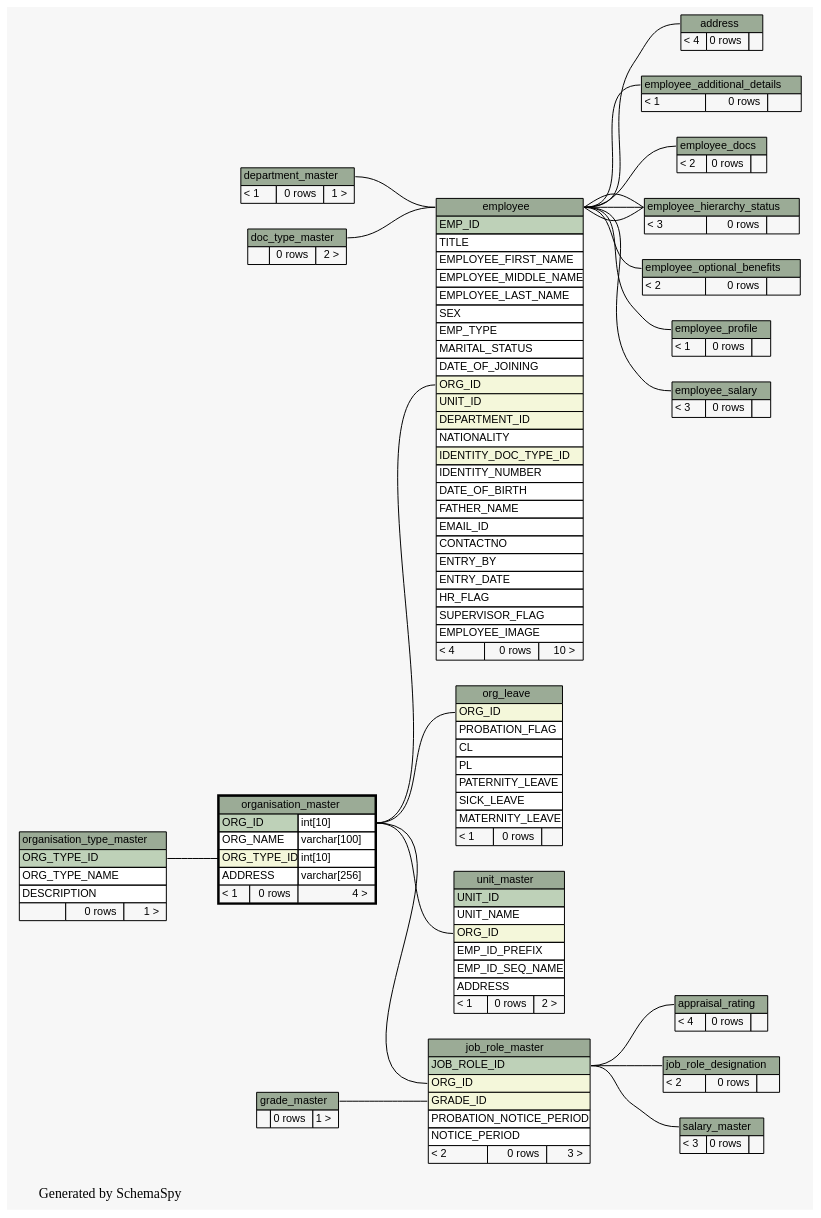
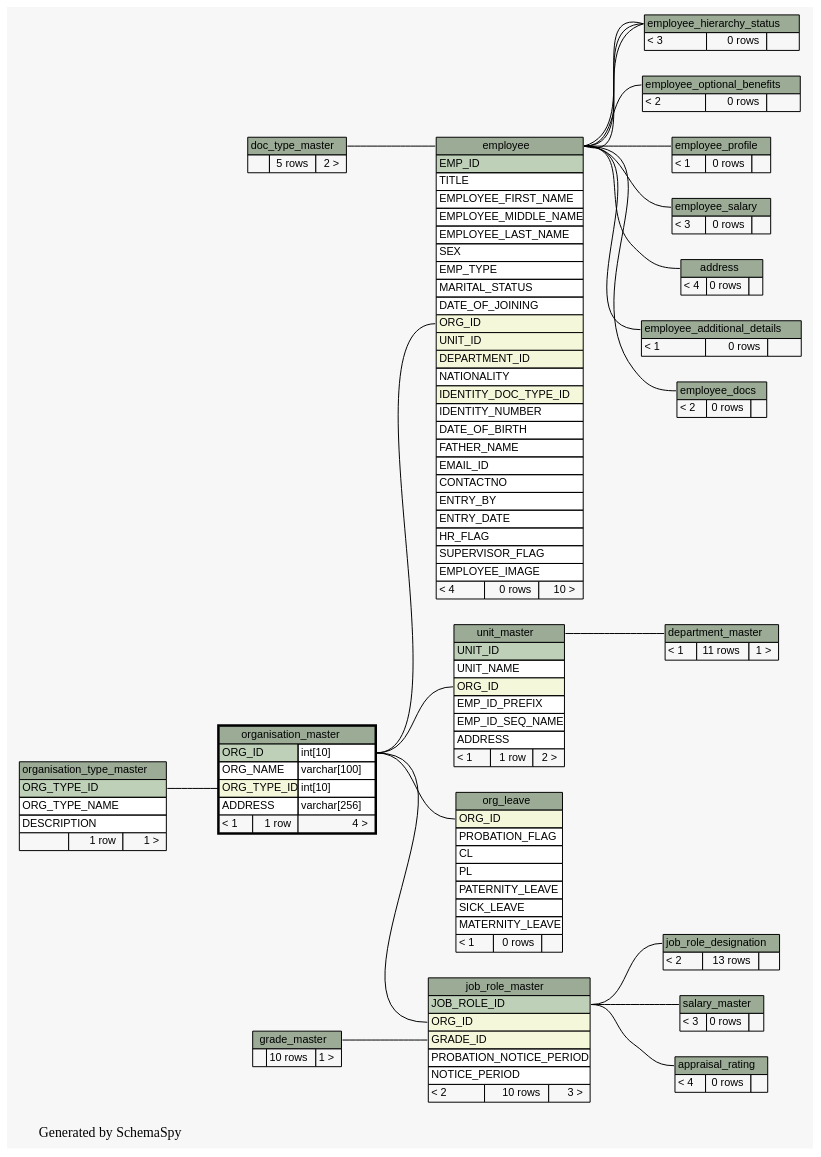
One commit to engineerscraft/hrms changed the diagram in docs/database/schemaspy/graphs/organisation_master.2degrees.dot. Above: the diagram before and after it, drawn with Graphviz. The commit also changed 174 other files, not shown here.

```diff
--- a/docs/database/schemaspy/graphs/organisation_master.2degrees.dot
+++ b/docs/database/schemaspy/graphs/organisation_master.2degrees.dot
@@ -16,7 +16,7 @@
   ];
   "address":"address.heading":w -> "employee":"employee.heading":e [arrowtail=tee arrowhead=none];
   "appraisal_rating":"appraisal_rating.heading":w -> "job_role_master":"JOB_ROLE_ID":e [arrowtail=crowodot arrowhead=none];
-  "employee":"employee.heading":w -> "department_master":"department_master.heading":e [arrowtail=crowodot arrowhead=none];
+  "department_master":"department_master.heading":w -> "unit_master":"unit_master.heading":e [arrowtail=crowodot arrowhead=none];
   "employee":"employee.heading":w -> "doc_type_master":"doc_type_master.heading":e [arrowtail=crowodot arrowhead=none];
   "employee":"ORG_ID":w -> "organisation_master":"ORG_ID.type":e [arrowtail=crowodot arrowhead=none];
   "employee_additional_details":"employee_additional_details.heading":w -> "employee":"employee.heading":e [arrowtail=tee arrowhead=none];
@@ -56,7 +56,7 @@
     label=<
     <TABLE BORDER="0" CELLBORDER="1" CELLSPACING="0" BGCOLOR="#ffffff">
       <TR><TD PORT="department_master.heading" COLSPAN="3" BGCOLOR="#9bab96" ALIGN="CENTER">department_master</TD></TR>
-      <TR><TD ALIGN="LEFT" BGCOLOR="#f7f7f7">&lt; 1</TD><TD ALIGN="RIGHT" BGCOLOR="#f7f7f7">0 rows</TD><TD ALIGN="RIGHT" BGCOLOR="#f7f7f7">1 &gt;</TD></TR>
+      <TR><TD ALIGN="LEFT" BGCOLOR="#f7f7f7">&lt; 1</TD><TD ALIGN="RIGHT" BGCOLOR="#f7f7f7">11 rows</TD><TD ALIGN="RIGHT" BGCOLOR="#f7f7f7">1 &gt;</TD></TR>
     </TABLE>>
     URL="department_master.html#graph"
     tooltip="department_master"
@@ -65,7 +65,7 @@
     label=<
     <TABLE BORDER="0" CELLBORDER="1" CELLSPACING="0" BGCOLOR="#ffffff">
       <TR><TD PORT="doc_type_master.heading" COLSPAN="3" BGCOLOR="#9bab96" ALIGN="CENTER">doc_type_master</TD></TR>
-      <TR><TD ALIGN="LEFT" BGCOLOR="#f7f7f7">  </TD><TD ALIGN="RIGHT" BGCOLOR="#f7f7f7">0 rows</TD><TD ALIGN="RIGHT" BGCOLOR="#f7f7f7">2 &gt;</TD></TR>
+      <TR><TD ALIGN="LEFT" BGCOLOR="#f7f7f7">  </TD><TD ALIGN="RIGHT" BGCOLOR="#f7f7f7">5 rows</TD><TD ALIGN="RIGHT" BGCOLOR="#f7f7f7">2 &gt;</TD></TR>
     </TABLE>>
     URL="doc_type_master.html#graph"
     tooltip="doc_type_master"
@@ -161,7 +161,7 @@
     label=<
     <TABLE BORDER="0" CELLBORDER="1" CELLSPACING="0" BGCOLOR="#ffffff">
       <TR><TD PORT="grade_master.heading" COLSPAN="3" BGCOLOR="#9bab96" ALIGN="CENTER">grade_master</TD></TR>
-      <TR><TD ALIGN="LEFT" BGCOLOR="#f7f7f7">  </TD><TD ALIGN="RIGHT" BGCOLOR="#f7f7f7">0 rows</TD><TD ALIGN="RIGHT" BGCOLOR="#f7f7f7">1 &gt;</TD></TR>
+      <TR><TD ALIGN="LEFT" BGCOLOR="#f7f7f7">  </TD><TD ALIGN="RIGHT" BGCOLOR="#f7f7f7">10 rows</TD><TD ALIGN="RIGHT" BGCOLOR="#f7f7f7">1 &gt;</TD></TR>
     </TABLE>>
     URL="grade_master.html#graph"
     tooltip="grade_master"
@@ -170,7 +170,7 @@
     label=<
     <TABLE BORDER="0" CELLBORDER="1" CELLSPACING="0" BGCOLOR="#ffffff">
       <TR><TD PORT="job_role_designation.heading" COLSPAN="3" BGCOLOR="#9bab96" ALIGN="CENTER">job_role_designation</TD></TR>
-      <TR><TD ALIGN="LEFT" BGCOLOR="#f7f7f7">&lt; 2</TD><TD ALIGN="RIGHT" BGCOLOR="#f7f7f7">0 rows</TD><TD ALIGN="RIGHT" BGCOLOR="#f7f7f7">  </TD></TR>
+      <TR><TD ALIGN="LEFT" BGCOLOR="#f7f7f7">&lt; 2</TD><TD ALIGN="RIGHT" BGCOLOR="#f7f7f7">13 rows</TD><TD ALIGN="RIGHT" BGCOLOR="#f7f7f7">  </TD></TR>
     </TABLE>>
     URL="job_role_designation.html#graph"
     tooltip="job_role_designation"
@@ -184,7 +184,7 @@
       <TR><TD PORT="GRADE_ID" COLSPAN="3" BGCOLOR="#f4f7da" ALIGN="LEFT">GRADE_ID</TD></TR>
       <TR><TD PORT="PROBATION_NOTICE_PERIOD" COLSPAN="3" ALIGN="LEFT">PROBATION_NOTICE_PERIOD</TD></TR>
       <TR><TD PORT="NOTICE_PERIOD" COLSPAN="3" ALIGN="LEFT">NOTICE_PERIOD</TD></TR>
-      <TR><TD ALIGN="LEFT" BGCOLOR="#f7f7f7">&lt; 2</TD><TD ALIGN="RIGHT" BGCOLOR="#f7f7f7">0 rows</TD><TD ALIGN="RIGHT" BGCOLOR="#f7f7f7">3 &gt;</TD></TR>
+      <TR><TD ALIGN="LEFT" BGCOLOR="#f7f7f7">&lt; 2</TD><TD ALIGN="RIGHT" BGCOLOR="#f7f7f7">10 rows</TD><TD ALIGN="RIGHT" BGCOLOR="#f7f7f7">3 &gt;</TD></TR>
     </TABLE>>
     URL="job_role_master.html#graph"
     tooltip="job_role_master"
@@ -213,7 +213,7 @@
       <TR><TD PORT="ORG_NAME" COLSPAN="2" ALIGN="LEFT">ORG_NAME</TD><TD PORT="ORG_NAME.type" ALIGN="LEFT">varchar[100]</TD></TR>
       <TR><TD PORT="ORG_TYPE_ID" COLSPAN="2" BGCOLOR="#f4f7da" ALIGN="LEFT">ORG_TYPE_ID</TD><TD PORT="ORG_TYPE_ID.type" ALIGN="LEFT">int[10]</TD></TR>
       <TR><TD PORT="ADDRESS" COLSPAN="2" ALIGN="LEFT">ADDRESS</TD><TD PORT="ADDRESS.type" ALIGN="LEFT">varchar[256]</TD></TR>
-      <TR><TD ALIGN="LEFT" BGCOLOR="#f7f7f7">&lt; 1</TD><TD ALIGN="RIGHT" BGCOLOR="#f7f7f7">0 rows</TD><TD ALIGN="RIGHT" BGCOLOR="#f7f7f7">4 &gt;</TD></TR>
+      <TR><TD ALIGN="LEFT" BGCOLOR="#f7f7f7">&lt; 1</TD><TD ALIGN="RIGHT" BGCOLOR="#f7f7f7">1 row</TD><TD ALIGN="RIGHT" BGCOLOR="#f7f7f7">4 &gt;</TD></TR>
     </TABLE>>
     URL="organisation_master.html#"
     tooltip="organisation_master"
@@ -225,7 +225,7 @@
       <TR><TD PORT="ORG_TYPE_ID" COLSPAN="3" BGCOLOR="#bed1b8" ALIGN="LEFT">ORG_TYPE_ID</TD></TR>
       <TR><TD PORT="ORG_TYPE_NAME" COLSPAN="3" ALIGN="LEFT">ORG_TYPE_NAME</TD></TR>
       <TR><TD PORT="DESCRIPTION" COLSPAN="3" ALIGN="LEFT">DESCRIPTION</TD></TR>
-      <TR><TD ALIGN="LEFT" BGCOLOR="#f7f7f7">  </TD><TD ALIGN="RIGHT" BGCOLOR="#f7f7f7">0 rows</TD><TD ALIGN="RIGHT" BGCOLOR="#f7f7f7">1 &gt;</TD></TR>
+      <TR><TD ALIGN="LEFT" BGCOLOR="#f7f7f7">  </TD><TD ALIGN="RIGHT" BGCOLOR="#f7f7f7">1 row</TD><TD ALIGN="RIGHT" BGCOLOR="#f7f7f7">1 &gt;</TD></TR>
     </TABLE>>
     URL="organisation_type_master.html#graph"
     tooltip="organisation_type_master"
@@ -249,7 +249,7 @@
       <TR><TD PORT="EMP_ID_PREFIX" COLSPAN="3" ALIGN="LEFT">EMP_ID_PREFIX</TD></TR>
       <TR><TD PORT="EMP_ID_SEQ_NAME" COLSPAN="3" ALIGN="LEFT">EMP_ID_SEQ_NAME</TD></TR>
       <TR><TD PORT="ADDRESS" COLSPAN="3" ALIGN="LEFT">ADDRESS</TD></TR>
-      <TR><TD ALIGN="LEFT" BGCOLOR="#f7f7f7">&lt; 1</TD><TD ALIGN="RIGHT" BGCOLOR="#f7f7f7">0 rows</TD><TD ALIGN="RIGHT" BGCOLOR="#f7f7f7">2 &gt;</TD></TR>
+      <TR><TD ALIGN="LEFT" BGCOLOR="#f7f7f7">&lt; 1</TD><TD ALIGN="RIGHT" BGCOLOR="#f7f7f7">1 row</TD><TD ALIGN="RIGHT" BGCOLOR="#f7f7f7">2 &gt;</TD></TR>
     </TABLE>>
     URL="unit_master.html#graph"
     tooltip="unit_master"
```
